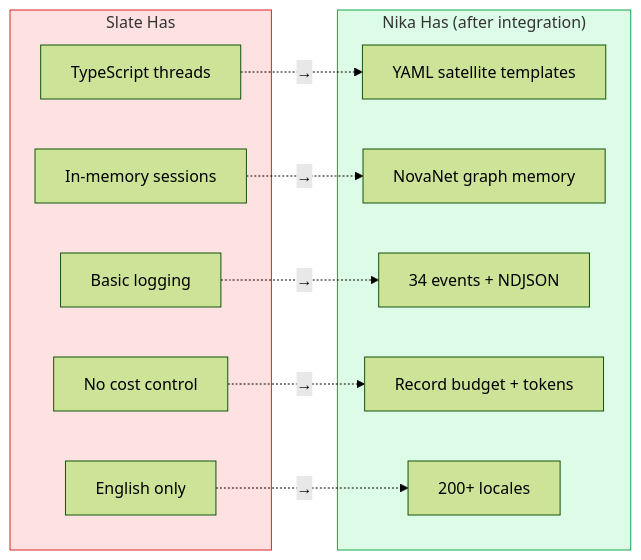
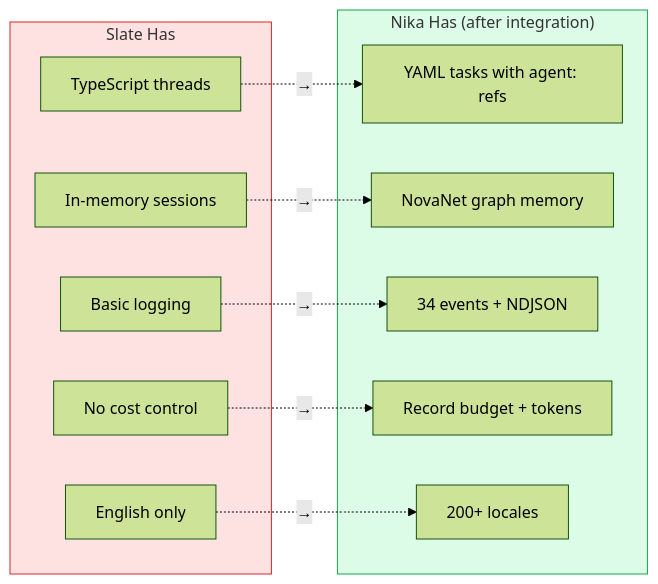
One commit to supernovae-st/nika changed the sixth of 8 diagrams in docs/vision/07-slate-deep-integration.md. Above: the diagram before and after it, drawn with Mermaid (forest theme). The commit also changed other lines of this file and 8 other files, not shown here.

````diff
--- a/docs/vision/07-slate-deep-integration.md
+++ b/docs/vision/07-slate-deep-integration.md
@@ -257,27 +261,27 @@
 ```mermaid
 flowchart LR
     subgraph SLATE_HAS["Slate Has"]
         S1["TypeScript threads"]
         S2["In-memory sessions"]
         S3["Basic logging"]
         S4["No cost control"]
         S5["English only"]
     end
 
     subgraph NIKA_HAS["Nika Has (after integration)"]
-        N1["YAML satellite templates"]
+        N1["YAML tasks with agent: refs"]
         N2["NovaNet graph memory"]
         N3["34 events + NDJSON"]
         N4["Record budget + tokens"]
         N5["200+ locales"]
     end
 
     S1 -.->|"→"| N1
     S2 -.->|"→"| N2
     S3 -.->|"→"| N3
     S4 -.->|"→"| N4
     S5 -.->|"→"| N5
 
     style SLATE_HAS fill:#fee2e2,stroke:#dc2626
     style NIKA_HAS fill:#dcfce7,stroke:#16a34a
 ```
````
